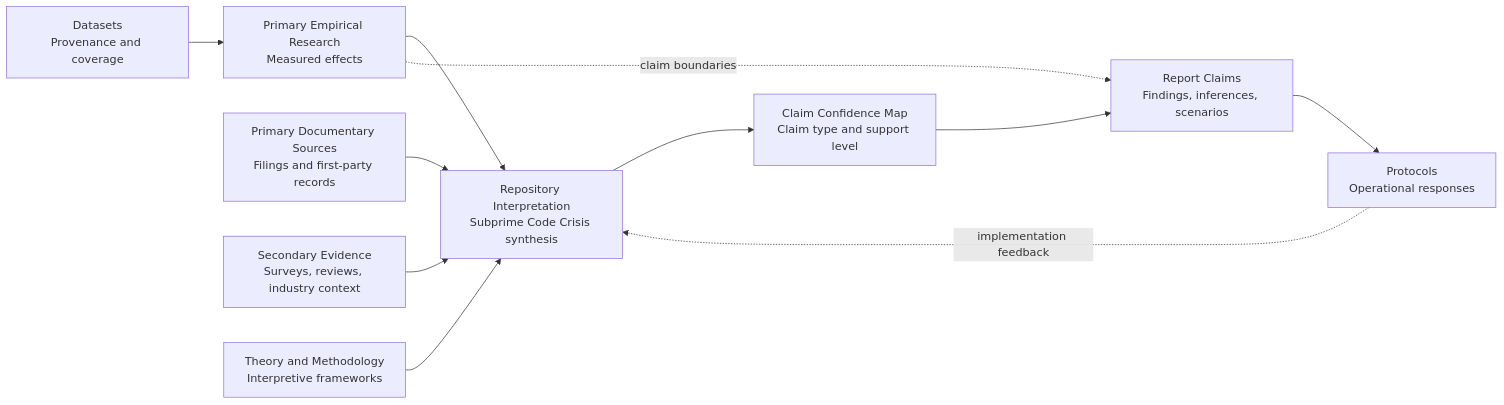
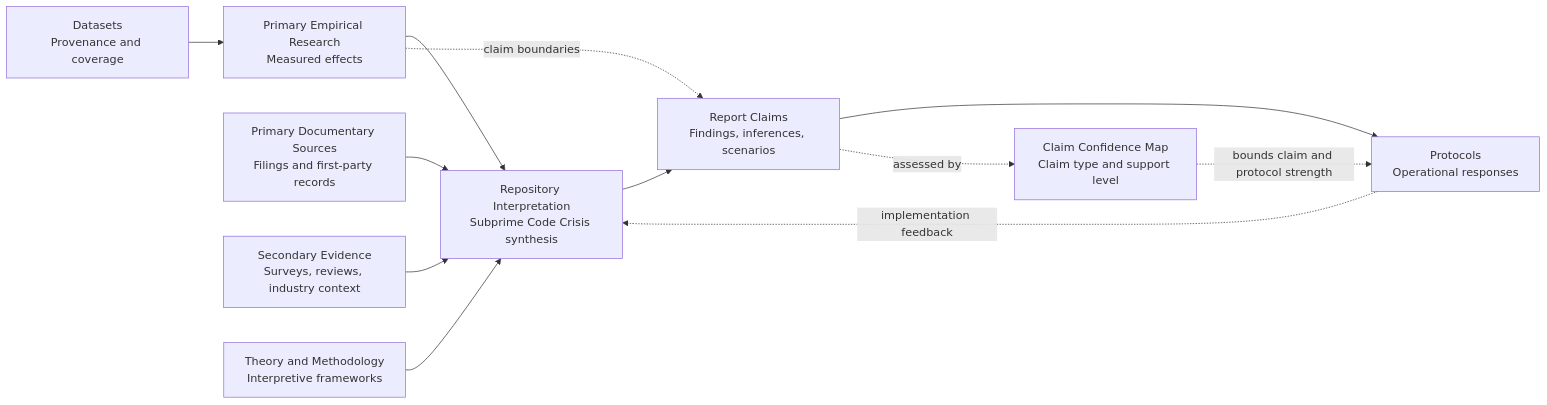
The first of 3 diagrams in README.md (UncertaintyArchitectureGroup/The-Subprime-Code-Crisis), drawn with Mermaid before and after one commit. The commit also changed other lines of this file and 16 other files, not shown here.

````diff
--- a/README.md
+++ b/README.md
@@ -105,24 +84,25 @@
 ```mermaid
 flowchart LR
     P[Primary Empirical Research<br/>Measured effects]
     F[Primary Documentary Sources<br/>Filings and first-party records]
     S[Secondary Evidence<br/>Surveys, reviews, industry context]
     T[Theory and Methodology<br/>Interpretive frameworks]
     D[Datasets<br/>Provenance and coverage]
     I[Repository Interpretation<br/>Subprime Code Crisis synthesis]
+    R[Report Claims<br/>Findings, inferences, scenarios]
     C[Claim Confidence Map<br/>Claim type and support level]
-    R[Report Claims<br/>Findings, inferences, scenarios]
     O[Protocols<br/>Operational responses]
 
     D --> P
     P --> I
     F --> I
     S --> I
     T --> I
-    I --> C
-    C --> R
+    I --> R
     R --> O
+    R -. assessed by .-> C
+    C -. bounds claim and protocol strength .-> O
 
     P -. claim boundaries .-> R
     O -. implementation feedback .-> I
 ```
````
